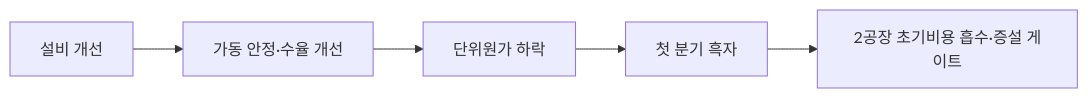
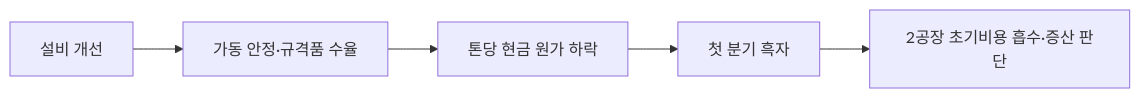
Before and after one commit to arik1988/posco-market-sensing-wiki: the diagram in market-sensing-wiki/signals/SIG-E12E73720ED1.md, drawn with Mermaid. The commit also changed other lines of this file and 143 other files, not shown here.

````diff
--- a/market-sensing-wiki/signals/SIG-E12E73720ED1.md
+++ b/market-sensing-wiki/signals/SIG-E12E73720ED1.md
@@ -35,7 +41,7 @@
 ```mermaid
 flowchart LR
-  A[설비 개선] --> B[가동 안정·수율 개선]
-  B --> C[단위원가 하락]
+  A[설비 개선] --> B[가동 안정·규격품 수율]
+  B --> C[톤당 현금 원가 하락]
   C --> D[첫 분기 흑자]
-  D --> E[2공장 초기비용 흡수·증설 게이트]
+  D --> E[2공장 초기비용 흡수·증산 판단]
 ```
````
